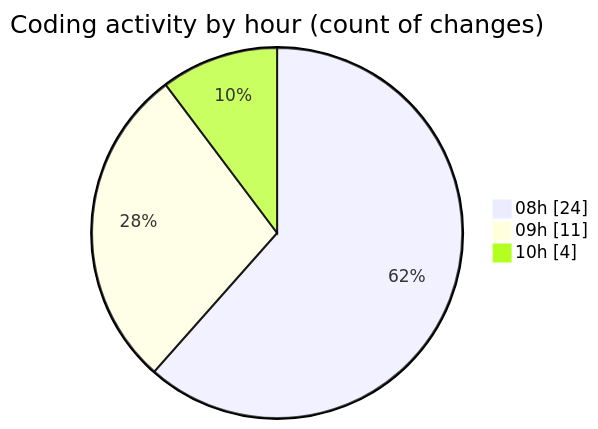
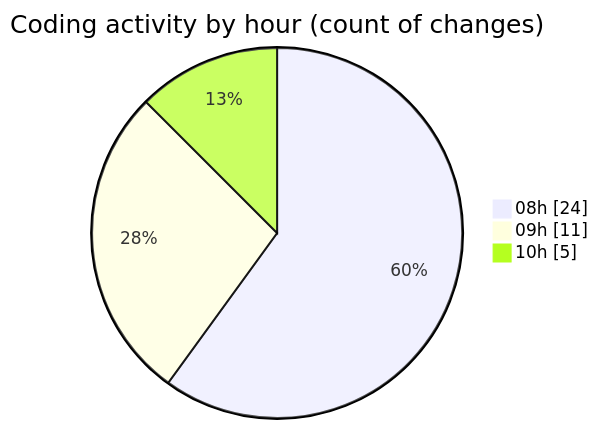
The second of 2 diagrams in 2025-05-12/niten/README.md (Elitesun/code-tracking), drawn with Mermaid before and after one commit. The commit also changed other lines of this file and 1 other file, not shown here.

````diff
--- a/2025-05-12/niten/README.md
+++ b/2025-05-12/niten/README.md
@@ -48,7 +50,7 @@
 ```mermaid
 pie showData
 title Coding activity by hour (count of changes)
 "08h" : 24
 "09h" : 11
-"10h" : 4
+"10h" : 5
 ```
````
